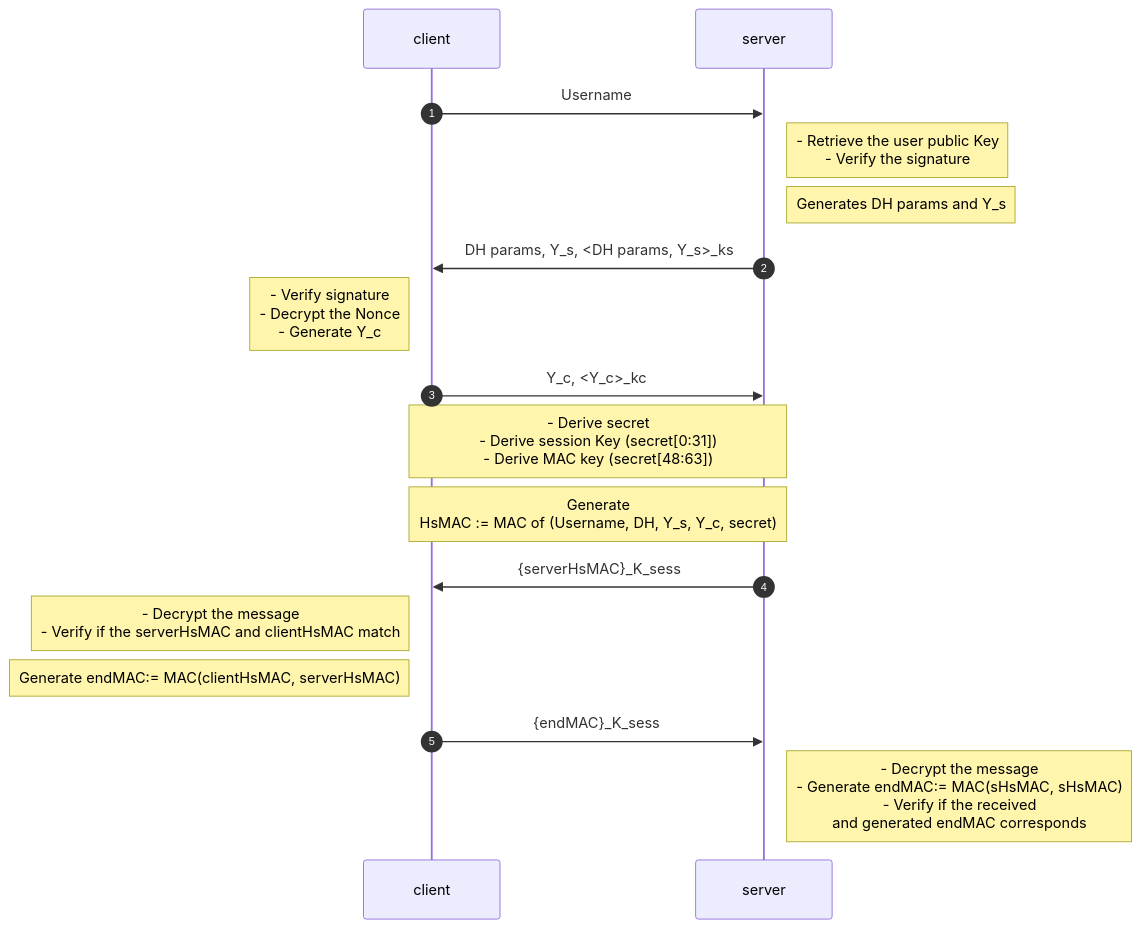
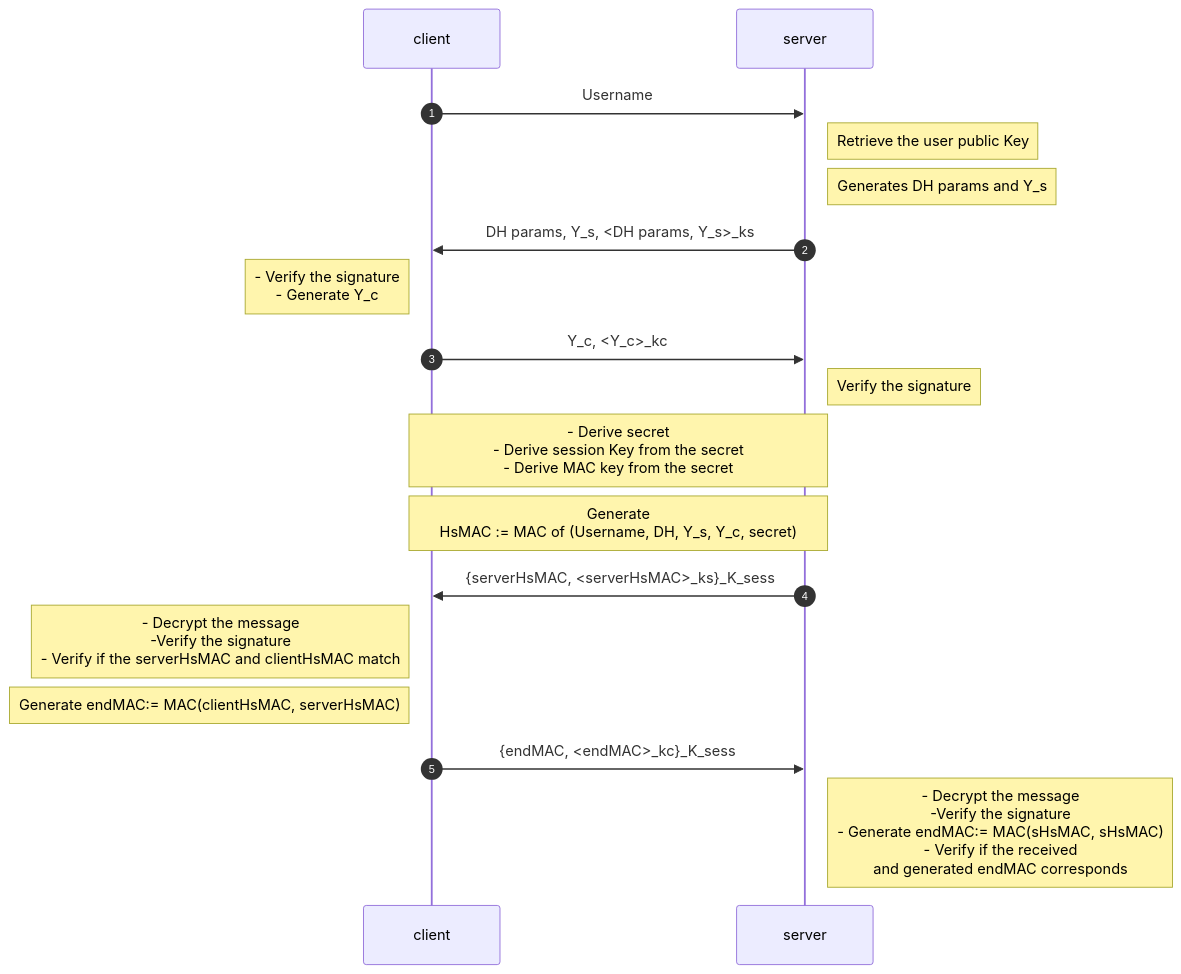
One commit to just-hms/FoC changed the diagram in docs/handshake.md. Above: the diagram before and after it, drawn with Mermaid. The commit also changed 2 other files, not shown here.

Commit message:
add: sign in last end MSG

````diff
--- a/docs/handshake.md
+++ b/docs/handshake.md
@@ -1,25 +1,27 @@
 ```mermaid
 sequenceDiagram
 autonumber
     participant client
     participant server
     
     client ->> server:        Username
-    Note right of server:     - Retrieve the user public Key <br/> - Verify the signature
+    Note right of server:     Retrieve the user public Key
     Note right of server:     Generates DH params and Y_s
     server ->> client:        DH params, Y_s, <DH params, Y_s>_ks
-    Note left of client:      - Verify signature <br/>- Decrypt the Nonce<br/>- Generate Y_c
+    Note left of client:      - Verify the signature <br/>- Generate Y_c
     client ->> server:        Y_c, <Y_c>_kc
+    
+    Note right of server:     Verify the signature
 
-    Note over client,server:  - Derive secret<br/>- Derive session Key (secret[0:31])<br/>- Derive MAC key (secret[48:63])
+    Note over client,server:  - Derive secret<br/>- Derive session Key from the secret<br/>- Derive MAC key from the secret
     
     Note over client,server: Generate <br/>HsMAC := MAC of (Username, DH, Y_s, Y_c, secret)
 
-    server ->> client:        {serverHsMAC}_K_sess
-    Note left of client:      - Decrypt the message<br/>- Verify if the serverHsMAC and clientHsMAC match
+    server ->> client:        {serverHsMAC, <serverHsMAC>_ks}_K_sess
+    Note left of client:      - Decrypt the message<br/>-Verify the signature<br/>- Verify if the serverHsMAC and clientHsMAC match
 
     Note left of client:      Generate endMAC:= MAC(clientHsMAC, serverHsMAC)
     
-    client ->> server:        {endMAC}_K_sess
-    Note right of server:     - Decrypt the message<br/>- Generate endMAC:= MAC(sHsMAC, sHsMAC)<br/>- Verify if the received <br/>and generated endMAC corresponds
+    client ->> server:        {endMAC, <endMAC>_kc}_K_sess
+    Note right of server:     - Decrypt the message<br/>-Verify the signature<br/>- Generate endMAC:= MAC(sHsMAC, sHsMAC)<br/>- Verify if the received <br/>and generated endMAC corresponds
 ```
````
